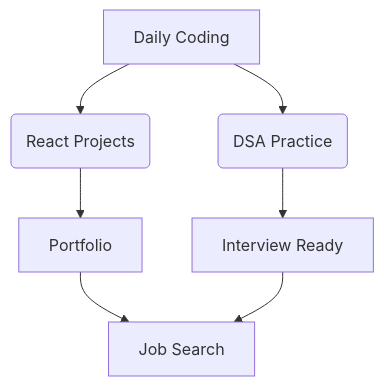
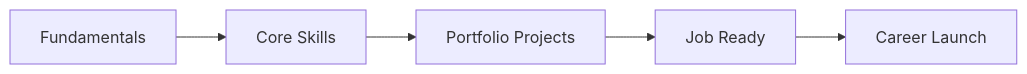
The first of 7 diagrams in README.md (Sem1-LuckyLongre/Progress), drawn with Mermaid before and after one commit. The commit also changed other lines of this file, not shown here.

````diff
--- a/README.md
+++ b/README.md
@@ -23,9 +24,7 @@
 ```mermaid
-flowchart TD
-    A[Daily Coding] --> B(React Projects)
-    A --> C(DSA Practice)
-    B --> D[Portfolio]
-    C --> E[Interview Ready]
-    D --> F[Job Search]
-    E --> F
+flowchart LR
+    A[Fundamentals] --> B[Core Skills]
+    B --> C[Portfolio Projects]
+    C --> D[Job Ready]
+    D --> E[Career Launch]
 ```
````
